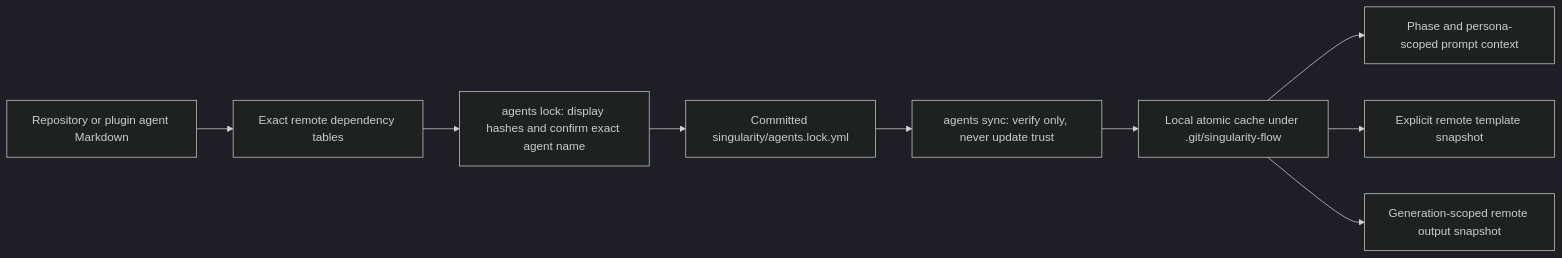
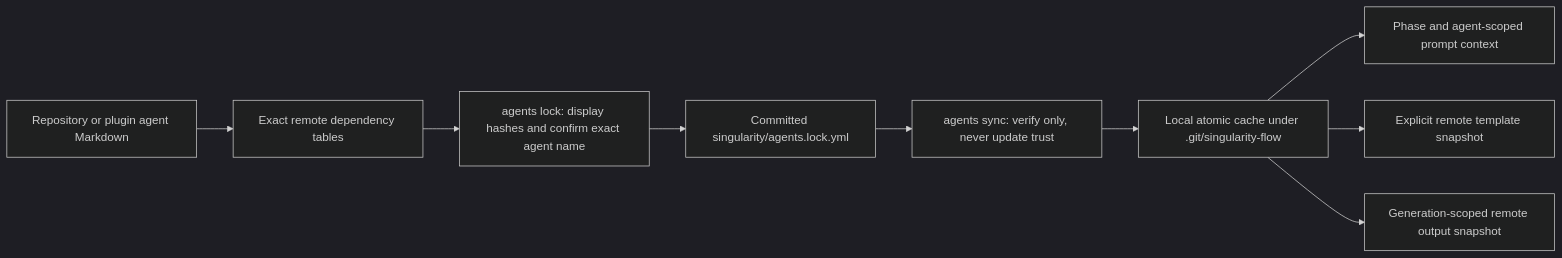
One commit to ashokraj2011/singularityflow changed the sixth of 6 diagrams in HOW-TO.md. Above: the diagram before and after it, drawn with Mermaid (dark theme). The commit also changed other lines of this file and 179 other files, not shown here.

````diff
--- a/HOW-TO.md
+++ b/HOW-TO.md
@@ -358,11 +358,11 @@
 ```mermaid
 flowchart LR
   AgentFile["Repository or plugin agent Markdown"] --> Tables["Exact remote dependency tables"]
   Tables --> Lock["agents lock: display hashes and confirm exact agent name"]
   Lock --> LockFile["Committed singularity/agents.lock.yml"]
   LockFile --> Sync["agents sync: verify only, never update trust"]
   Sync --> Cache["Local atomic cache under .git/singularity-flow"]
-  Cache --> Prompt["Phase and persona-scoped prompt context"]
+  Cache --> Prompt["Phase and agent-scoped prompt context"]
   Cache --> Template["Explicit remote template snapshot"]
   Cache --> Output["Generation-scoped remote output snapshot"]
 ```
````
